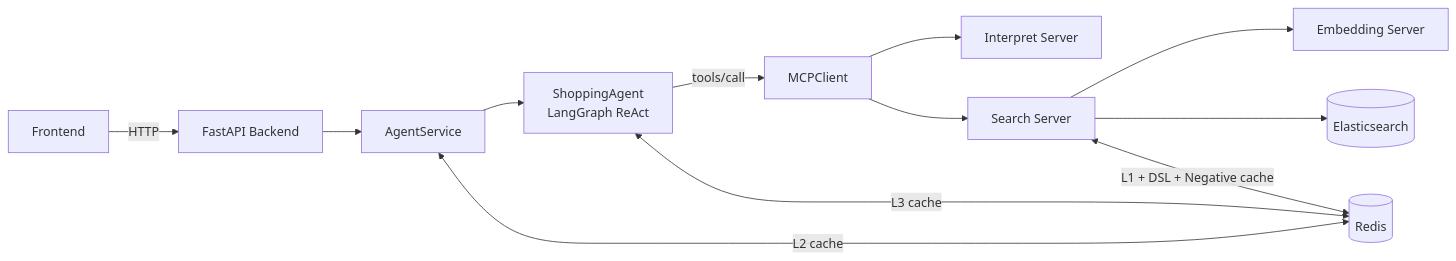
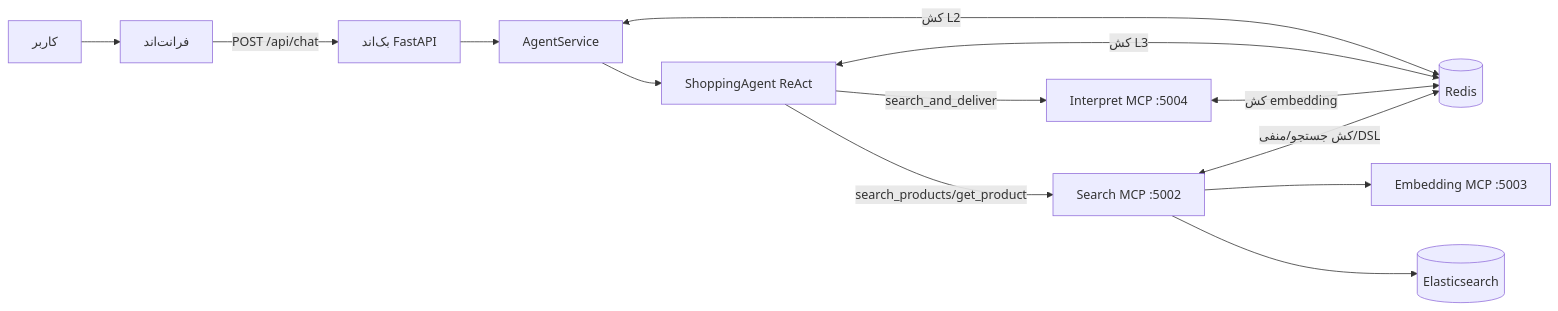
One commit to 11linear11/ShoppingAiAssistant changed the first of 3 diagrams in docs/fa/ARCHITECTURE.md. Above: the diagram before and after it, drawn with Mermaid. The commit also changed other lines of this file and 10 other files, not shown here.

Commit message:
Rewrite full project docs with updated architecture schematics

````diff
--- a/docs/fa/ARCHITECTURE.md
+++ b/docs/fa/ARCHITECTURE.md
@@ -11,16 +14,17 @@
 ```mermaid
 flowchart LR
-  FE[Frontend] -->|HTTP| BE[FastAPI Backend]
+  U[کاربر] --> FE[فرانت‌اند]
+  FE -->|POST /api/chat| BE[بک‌اند FastAPI]
   BE --> AS[AgentService]
-  AS --> AG[ShoppingAgent\nLangGraph ReAct]
+  AS --> AG[ShoppingAgent ReAct]
 
-  AG -->|tools/call| IC[MCPClient]
-  IC --> INTP[Interpret Server]
-  IC --> SRCH[Search Server]
-  SRCH --> EMB[Embedding Server]
+  AG -->|search_and_deliver| INTP[Interpret MCP :5004]
+  AG -->|search_products/get_product| SRCH[Search MCP :5002]
+  SRCH --> EMB[Embedding MCP :5003]
 
-  AS <-->|L2 cache| REDIS[(Redis)]
-  AG <-->|L3 cache| REDIS
-  SRCH <-->|L1 + DSL + Negative cache| REDIS
+  AS <-->|کش L2| REDIS[(Redis)]
+  AG <-->|کش L3| REDIS
+  INTP <-->|کش embedding| REDIS
+  SRCH <-->|کش جستجو/منفی/DSL| REDIS
   SRCH --> ES[(Elasticsearch)]
 ```
````
